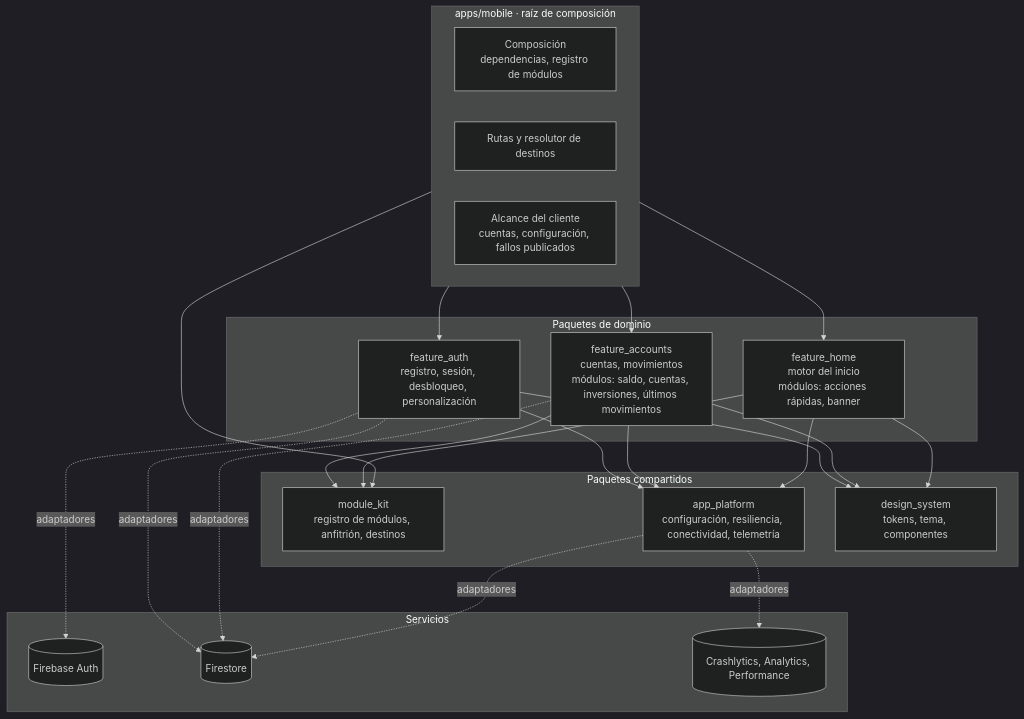
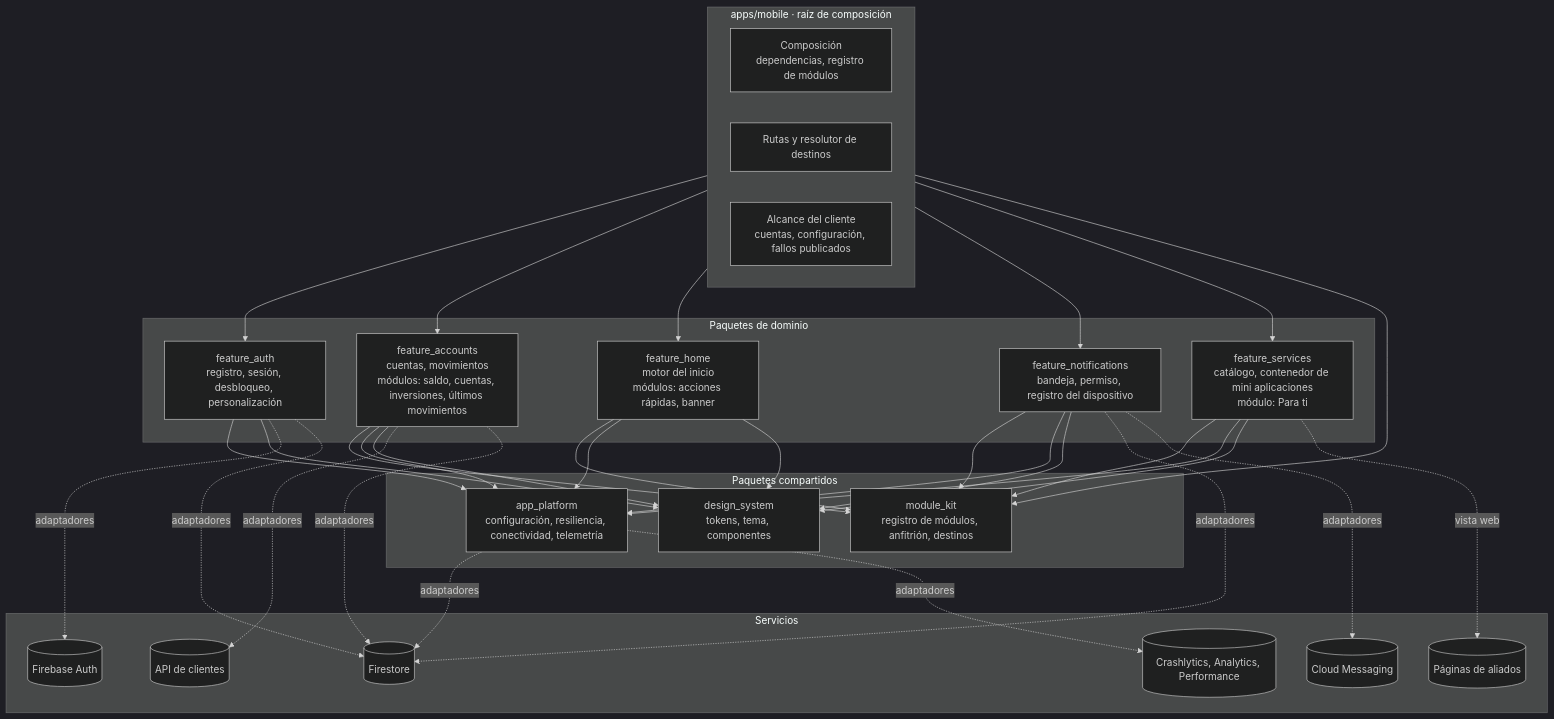
One commit to hveitia/flutter_senior_dev_challenge_bi changed the first of 3 diagrams in docs/arquitectura/componentes.md. Above: the diagram before and after it, drawn with Mermaid (dark theme). The commit also changed other lines of this file and 5 other files, not shown here.

Commit message:
docs: describe notifications, partner mini apps and how three parallel stages were integrated

````diff
--- a/docs/arquitectura/componentes.md
+++ b/docs/arquitectura/componentes.md
@@ -7,46 +7,63 @@
 ```mermaid
 flowchart TB
   subgraph app[apps/mobile · raíz de composición]
     composicion[Composición<br/>dependencias, registro de módulos]
     rutas[Rutas y resolutor de destinos]
     alcance[Alcance del cliente<br/>cuentas, configuración, fallos publicados]
   end
 
   subgraph dominios[Paquetes de dominio]
     auth[feature_auth<br/>registro, sesión, desbloqueo, personalización]
     accounts[feature_accounts<br/>cuentas, movimientos<br/>módulos: saldo, cuentas, inversiones, últimos movimientos]
     home[feature_home<br/>motor del inicio<br/>módulos: acciones rápidas, banner]
+    notifications[feature_notifications<br/>bandeja, permiso, registro del dispositivo]
+    services[feature_services<br/>catálogo, contenedor de mini aplicaciones<br/>módulo: Para ti]
   end
 
   subgraph base[Paquetes compartidos]
     kit[module_kit<br/>registro de módulos, anfitrión, destinos]
     platform[app_platform<br/>configuración, resiliencia, conectividad, telemetría]
     ds[design_system<br/>tokens, tema, componentes]
   end
 
   subgraph externos[Servicios]
     fauth[(Firebase Auth)]
     fs[(Firestore)]
     obs[(Crashlytics, Analytics, Performance)]
+    fcm[(Cloud Messaging)]
+    api[(API de clientes)]
+    aliados[(Páginas de aliados)]
   end
 
   app --> auth
   app --> accounts
   app --> home
+  app --> notifications
+  app --> services
   app --> kit
 
   auth --> platform
   auth --> ds
   accounts --> kit
   accounts --> platform
   accounts --> ds
   home --> kit
   home --> platform
   home --> ds
+  notifications --> kit
+  notifications --> platform
+  notifications --> ds
+  services --> kit
+  services --> platform
+  services --> ds
 
+  accounts -. adaptadores .-> api
+  notifications -. adaptadores .-> fs
+  notifications -. adaptadores .-> fcm
+  services -. vista web .-> aliados
   auth -. adaptadores .-> fauth
   auth -. adaptadores .-> fs
   accounts -. adaptadores .-> fs
   platform -. adaptadores .-> fs
   platform -. adaptadores .-> obs
 ```
````
